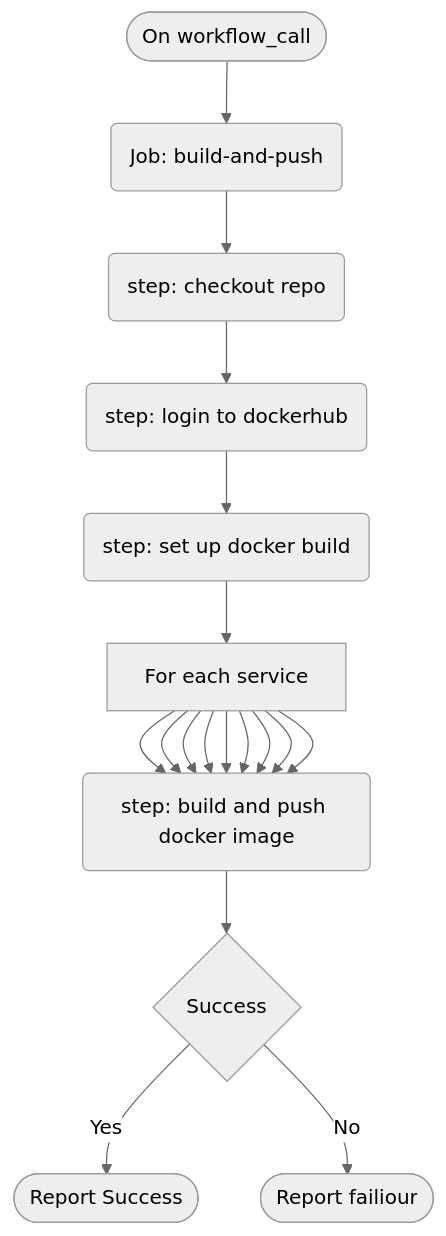
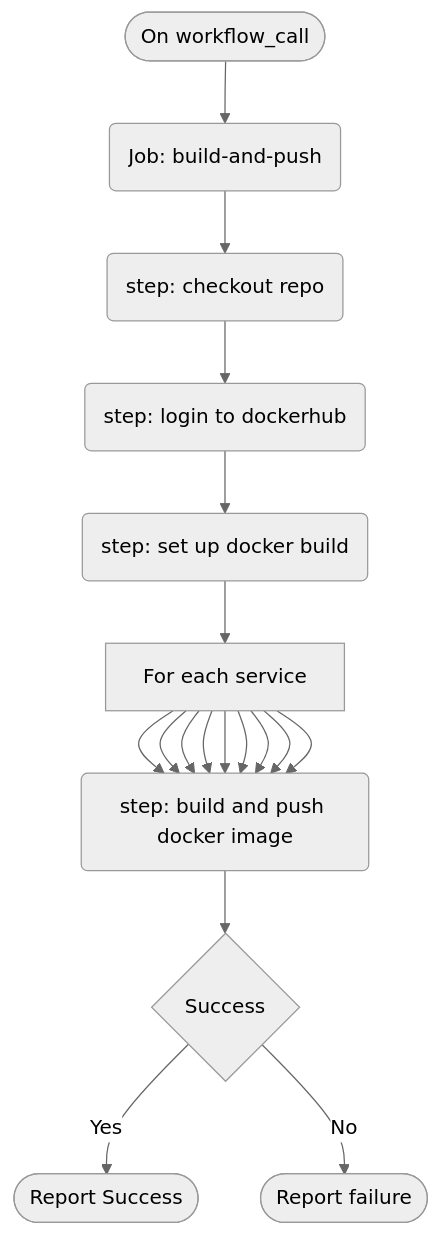
Before and after one commit to COS301-SE-2026/Tyto-PhishShield: the fourth of 5 diagrams in docs/SRS/Software-Architecture-Specification.md, drawn with Mermaid (neutral theme). The commit also changed other lines of this file, not shown here.

````diff
--- a/docs/SRS/Software-Architecture-Specification.md
+++ b/docs/SRS/Software-Architecture-Specification.md
@@ -198,20 +198,20 @@
 ```mermaid
 flowchart TD
     A([On workflow_call]) --> B(Job: build-and-push)
     B --> D(step: checkout repo)
     D --> E(step: login to dockerhub)
     E --> F(step: set up docker build)
 	F --> G[For each service]
 	G --> H(step: build and push docker image)
 	G --> H
 	G --> H
 	G --> H
 	G --> H
 	G --> H
 	G --> H
 	G --> H
 	G --> H
     H --> I{Success}
 	I --> |Yes| J([Report Success])
-	I --> |No| K([Report failiour])
+	I --> |No| K([Report failure])
 ```
````
